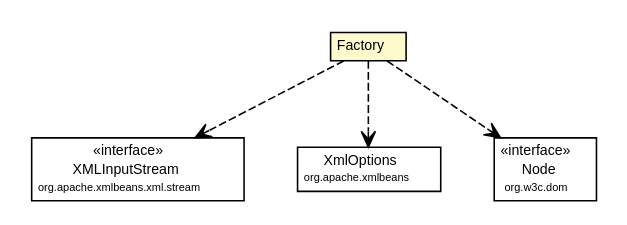
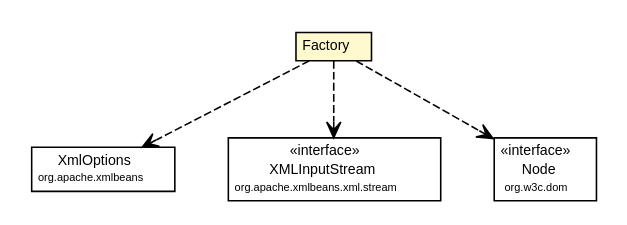
One commit to synchronoss/cpo-api changed the diagram in site/apidocs/org/synchronoss/cpo/core/cpoCoreMeta/CtFunctionGroup.Factory.dot. Above: the diagram before and after it, drawn with Graphviz. The commit also changed 975 other files, not shown here.

```diff
--- a/site/apidocs/org/synchronoss/cpo/core/cpoCoreMeta/CtFunctionGroup.Factory.dot
+++ b/site/apidocs/org/synchronoss/cpo/core/cpoCoreMeta/CtFunctionGroup.Factory.dot
@@ -1,45 +1,45 @@
 #!/usr/local/bin/dot
 #
 # Class diagram 
 # Generated by UmlGraph version 4.6 (http://www.spinellis.gr/sw/umlgraph)
 #
 
 digraph G {
 	edge [fontname="Helvetica",fontsize=10,labelfontname="Helvetica",labelfontsize=10];
 	node [fontname="Helvetica",fontsize=10,shape=plaintext];
 	// org.synchronoss.cpo.core.cpoCoreMeta.CtFunctionGroup.Factory
 	c24194 [label=<<table border="0" cellborder="1" cellspacing="0" cellpadding="2" port="p" bgcolor="lemonChiffon" href="./CtFunctionGroup.Factory.html">
 		<tr><td><table border="0" cellspacing="0" cellpadding="1">
 			<tr><td> Factory </td></tr>
 		</table></td></tr>
 		</table>>, fontname="Helvetica", fontcolor="black", fontsize=9.0];
+	// org.synchronoss.cpo.core.cpoCoreMeta.CtFunctionGroup.Factory DEPEND org.apache.xmlbeans.XmlOptions
+	c24194:p -> c24333:p [taillabel="", label="", headlabel="", fontname="Helvetica", fontcolor="black", fontsize=10.0, color="black", arrowhead=open, style=dashed];
 	// org.synchronoss.cpo.core.cpoCoreMeta.CtFunctionGroup.Factory DEPEND org.apache.xmlbeans.xml.stream.XMLInputStream
-	c24194:p -> c24333:p [taillabel="", label="", headlabel="", fontname="Helvetica", fontcolor="black", fontsize=10.0, color="black", arrowhead=open, style=dashed];
-	// org.synchronoss.cpo.core.cpoCoreMeta.CtFunctionGroup.Factory DEPEND org.apache.xmlbeans.XmlOptions
 	c24194:p -> c24334:p [taillabel="", label="", headlabel="", fontname="Helvetica", fontcolor="black", fontsize=10.0, color="black", arrowhead=open, style=dashed];
 	// org.synchronoss.cpo.core.cpoCoreMeta.CtFunctionGroup.Factory DEPEND org.w3c.dom.Node
 	c24194:p -> c24335:p [taillabel="", label="", headlabel="", fontname="Helvetica", fontcolor="black", fontsize=10.0, color="black", arrowhead=open, style=dashed];
 	// org.apache.xmlbeans.xml.stream.XMLInputStream
-	c24333 [label=<<table border="0" cellborder="1" cellspacing="0" cellpadding="2" port="p" href="http://java.sun.com/j2se/1.4.2/docs/api/org/apache/xmlbeans/xml/stream/XMLInputStream.html">
+	c24334 [label=<<table border="0" cellborder="1" cellspacing="0" cellpadding="2" port="p" href="http://java.sun.com/j2se/1.4.2/docs/api/org/apache/xmlbeans/xml/stream/XMLInputStream.html">
 		<tr><td><table border="0" cellspacing="0" cellpadding="1">
 			<tr><td> &laquo;interface&raquo; </td></tr>
 			<tr><td> XMLInputStream </td></tr>
 			<tr><td><font point-size="7.0"> org.apache.xmlbeans.xml.stream </font></td></tr>
 		</table></td></tr>
 		</table>>, fontname="Helvetica", fontcolor="black", fontsize=9.0];
 	// org.apache.xmlbeans.XmlOptions
-	c24334 [label=<<table border="0" cellborder="1" cellspacing="0" cellpadding="2" port="p" href="http://java.sun.com/j2se/1.4.2/docs/api/org/apache/xmlbeans/XmlOptions.html">
+	c24333 [label=<<table border="0" cellborder="1" cellspacing="0" cellpadding="2" port="p" href="http://java.sun.com/j2se/1.4.2/docs/api/org/apache/xmlbeans/XmlOptions.html">
 		<tr><td><table border="0" cellspacing="0" cellpadding="1">
 			<tr><td> XmlOptions </td></tr>
 			<tr><td><font point-size="7.0"> org.apache.xmlbeans </font></td></tr>
 		</table></td></tr>
 		</table>>, fontname="Helvetica", fontcolor="black", fontsize=9.0];
 	// org.w3c.dom.Node
 	c24335 [label=<<table border="0" cellborder="1" cellspacing="0" cellpadding="2" port="p" href="http://java.sun.com/j2se/1.4.2/docs/api/org/w3c/dom/Node.html">
 		<tr><td><table border="0" cellspacing="0" cellpadding="1">
 			<tr><td> &laquo;interface&raquo; </td></tr>
 			<tr><td> Node </td></tr>
 			<tr><td><font point-size="7.0"> org.w3c.dom </font></td></tr>
 		</table></td></tr>
 		</table>>, fontname="Helvetica", fontcolor="black", fontsize=9.0];
 }
```
